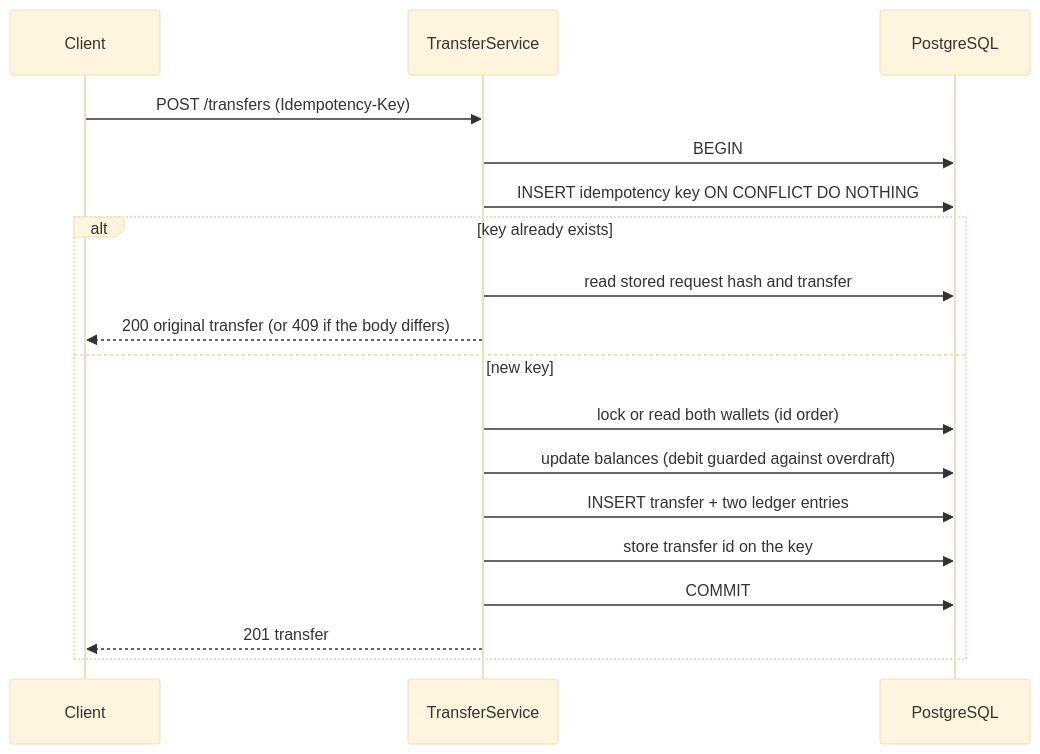
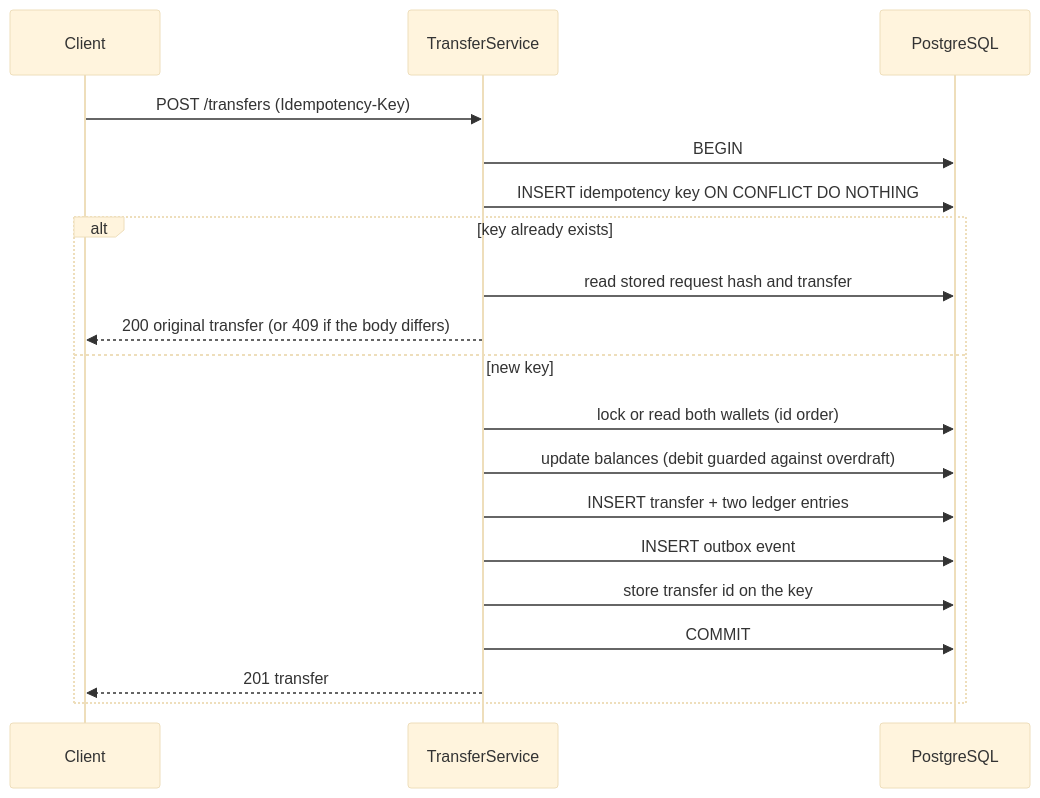
One commit to aadamaftabpersonal-boop/LedgerX changed the second of 4 diagrams in docs/ARCHITECTURE.md. Above: the diagram before and after it, drawn with Mermaid (base theme). The commit also changed other lines of this file and 3 other files, not shown here.

Commit message:
docs: reversals, events, key rotation, rate limiting, architecture and benchmark notes

````diff
--- a/docs/ARCHITECTURE.md
+++ b/docs/ARCHITECTURE.md
@@ -19,20 +22,21 @@
 ```mermaid
 sequenceDiagram
     participant C as Client
     participant S as TransferService
     participant DB as PostgreSQL
     C->>S: POST /transfers (Idempotency-Key)
     S->>DB: BEGIN
     S->>DB: INSERT idempotency key ON CONFLICT DO NOTHING
     alt key already exists
         S->>DB: read stored request hash and transfer
         S-->>C: 200 original transfer (or 409 if the body differs)
     else new key
         S->>DB: lock or read both wallets (id order)
         S->>DB: update balances (debit guarded against overdraft)
         S->>DB: INSERT transfer + two ledger entries
+        S->>DB: INSERT outbox event
         S->>DB: store transfer id on the key
         S->>DB: COMMIT
         S-->>C: 201 transfer
     end
 ```
````
